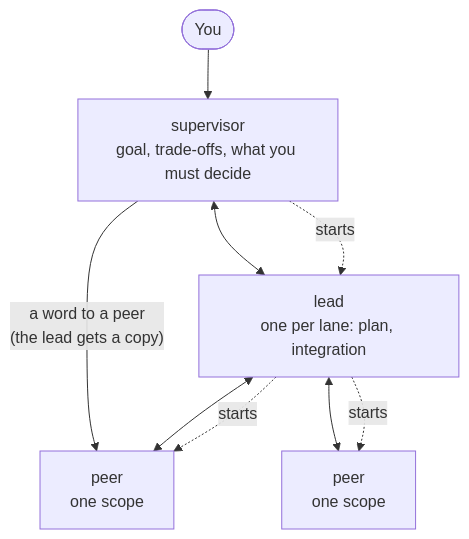
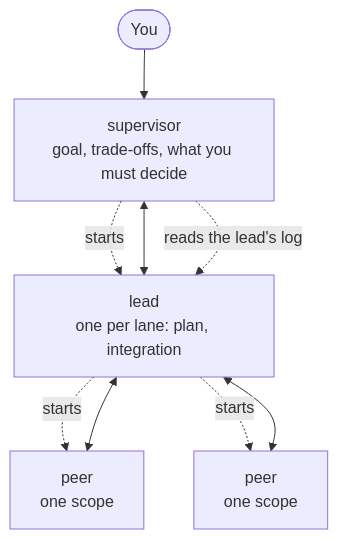
One commit to haohao3k/piggery changed the third of 7 diagrams in manifests/README.md. Above: the diagram before and after it, drawn with Mermaid. The commit also changed other lines of this file and 109 other files, not shown here.

Commit message:
piggery v0.9.0: taskforces, a gate that stays with its founder, lead-peer, dual-lens and advisor

````diff
--- a/manifests/README.md
+++ b/manifests/README.md
@@ -66,11 +74,11 @@
 ```mermaid
 flowchart TD
     H(["You"]) --> S["supervisor<br/>goal, trade-offs, what you must decide"]
     S -. starts .-> L["lead<br/>one per lane: plan, integration"]
     L -. starts .-> P1["peer<br/>one scope"]
     L -. starts .-> P2["peer<br/>one scope"]
     S <--> L
     L <--> P1
     L <--> P2
-    S -- "a word to a peer<br/>(the lead gets a copy)" --> P1
+    S -. "reads the lead's log" .-> L
 ```
````
